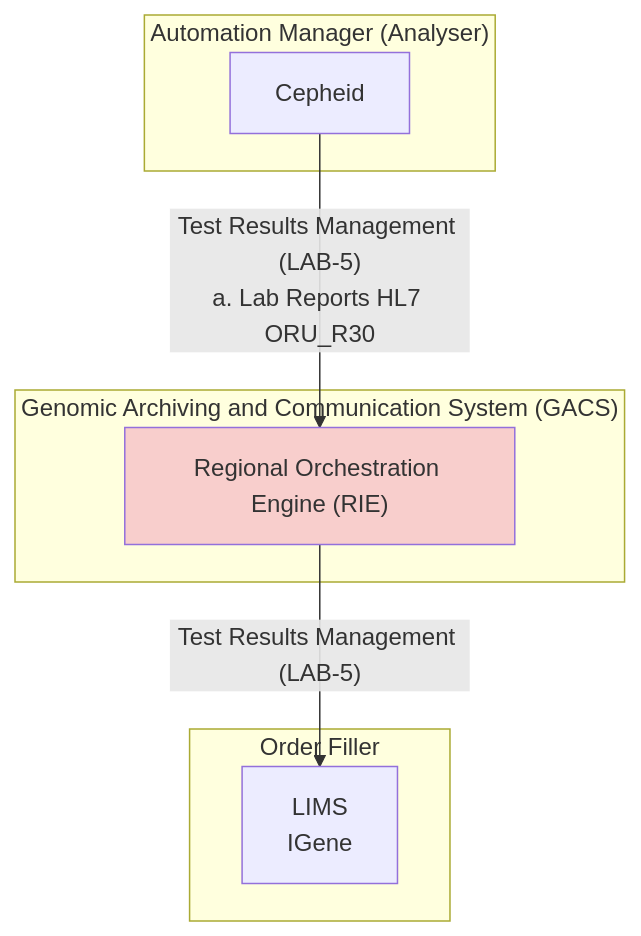
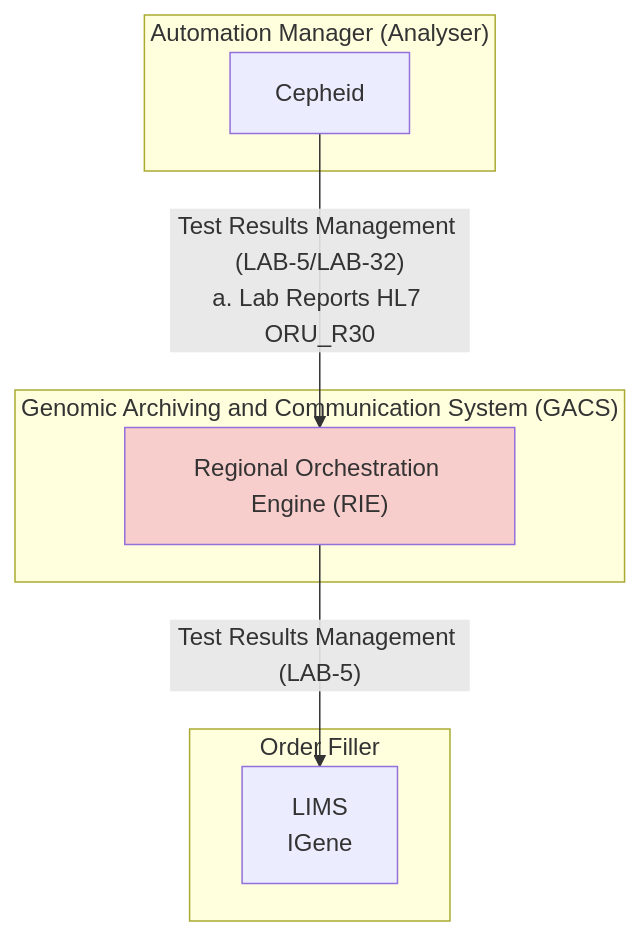
One commit to uk-gov-mirror/nw-gmsa.nw-gmsa.github.com changed the fourth of 4 diagrams in input/pagecontent/LTW.md. Above: the diagram before and after it, drawn with Mermaid. The commit also changed 2 other files, not shown here.

````diff
--- a/input/pagecontent/LTW.md
+++ b/input/pagecontent/LTW.md
@@ -343,29 +343,29 @@
 ```mermaid
 graph TD
 
 subgraph GenomicLIMS["Order Filler"];
     iGene[LIMS<br/>IGene]
 end
 
 
 subgraph Analyser["Automation Manager (Analyser)"];
     Cepheid[Cepheid]
 end
 
 
 subgraph HIE["Genomic Archiving and Communication System (GACS)"];
     RIE["Regional Orchestration Engine (RIE)"]
 end
 
 
-Cepheid --> |"Test Results Management (LAB-5)<br/>a. Lab Reports HL7 ORU_R30"| RIE
+Cepheid --> |"Test Results Management (LAB-5/LAB-32)<br/>a. Lab Reports HL7 ORU_R30"| RIE
 
-RIE --> |"Test Results Management (LAB-5)<br/b. CSV Import"| iGene
+RIE --> |"Test Results Management (LAB-5)<br/b. CSV  Import"| iGene
 
 
 classDef purple fill:#E1D5E7;
 classDef pink fill:#F8CECC;
 
 class GDR,RIE,VCFFHIR pink;
 
 ```
````
